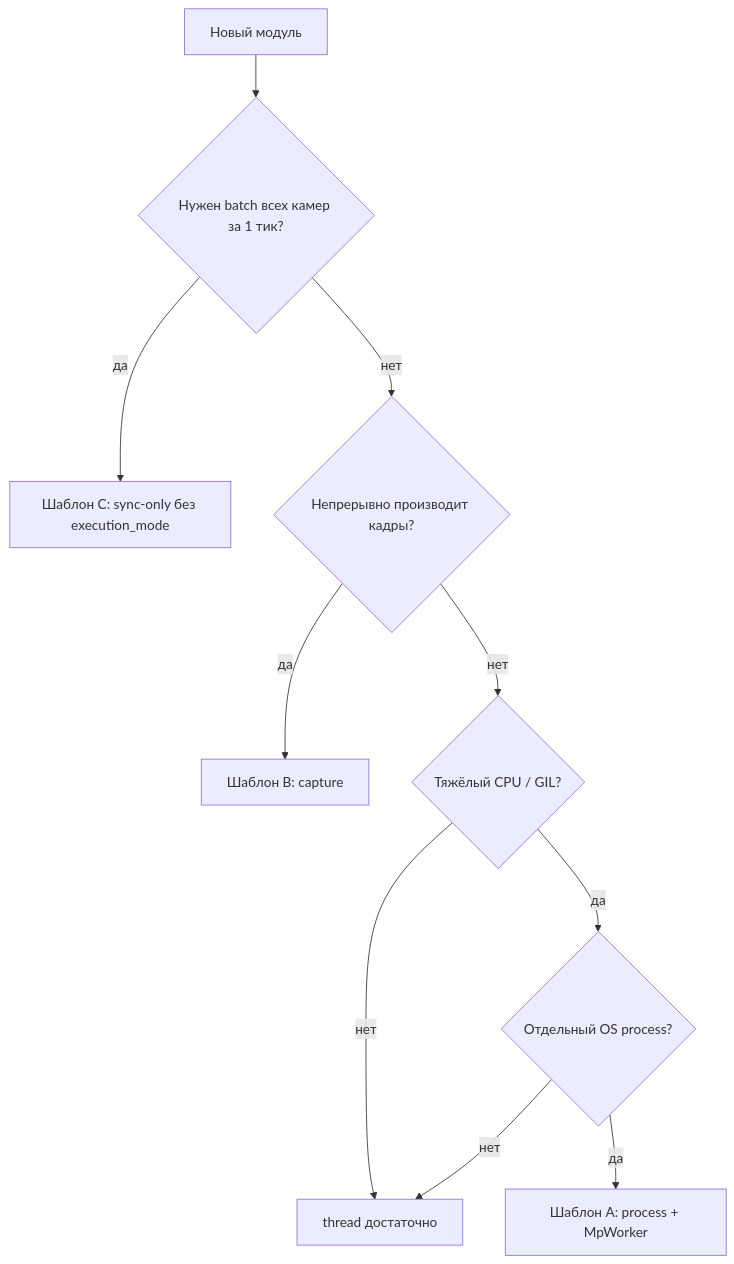
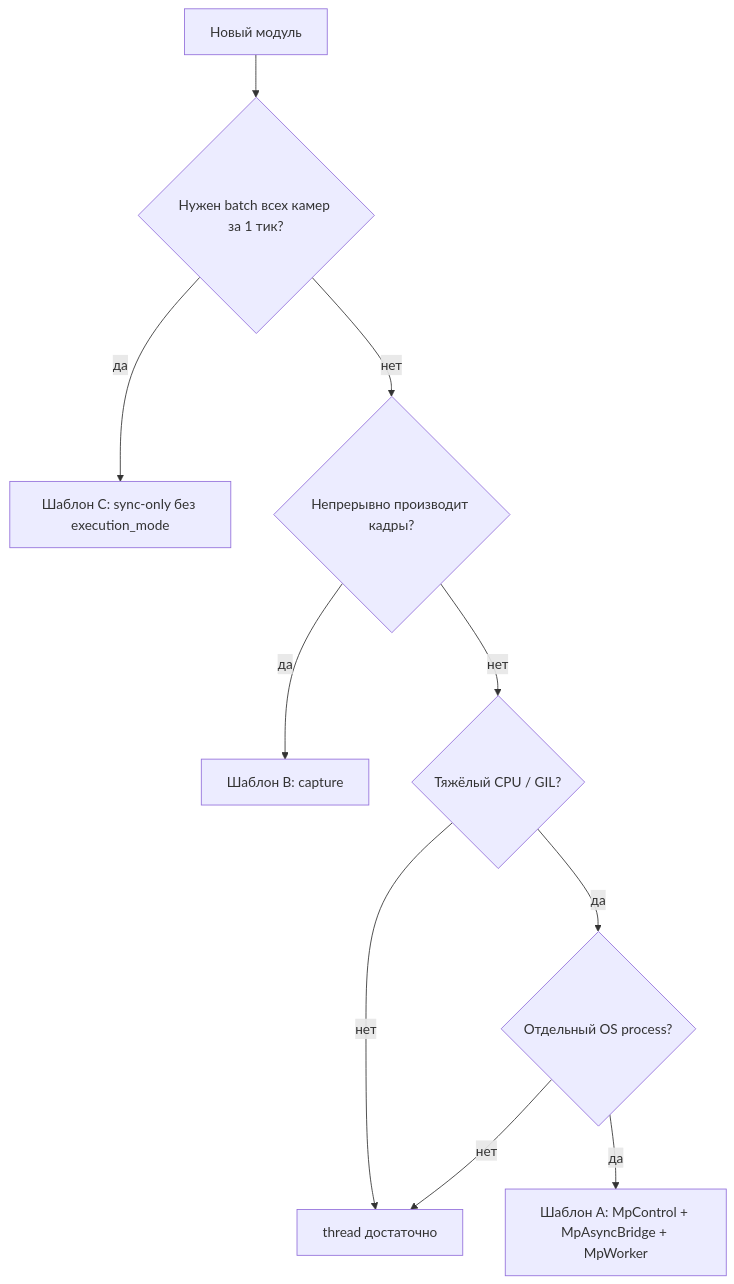
One commit to aicommunity/EvilEye changed the diagram in docs/developing_dual_mode_modules.md. Above: the diagram before and after it, drawn with Mermaid. The commit also changed other lines of this file and 21 other files, not shown here.

First line of the commit message:
docs: full audit sync for MpAsyncBridge-era thread vs MP

````diff
--- a/docs/developing_dual_mode_modules.md
+++ b/docs/developing_dual_mode_modules.md
@@ -11,12 +11,12 @@
 ```mermaid
 flowchart TD
   start[Новый модуль] --> q4{Нужен batch всех камер за 1 тик?}
   q4 -->|да| syncOnly[Шаблон C: sync-only без execution_mode]
   q4 -->|нет| q3{Непрерывно производит кадры?}
   q3 -->|да| capPat[Шаблон B: capture]
   q3 -->|нет| q1{Тяжёлый CPU / GIL?}
   q1 -->|нет| thread[thread достаточно]
   q1 -->|да| q2{Отдельный OS process?}
-  q2 -->|да| proc[Шаблон A: process + MpWorker]
+  q2 -->|да| proc[Шаблон A: MpControl + MpAsyncBridge + MpWorker]
   q2 -->|нет| thread
 ```
````
